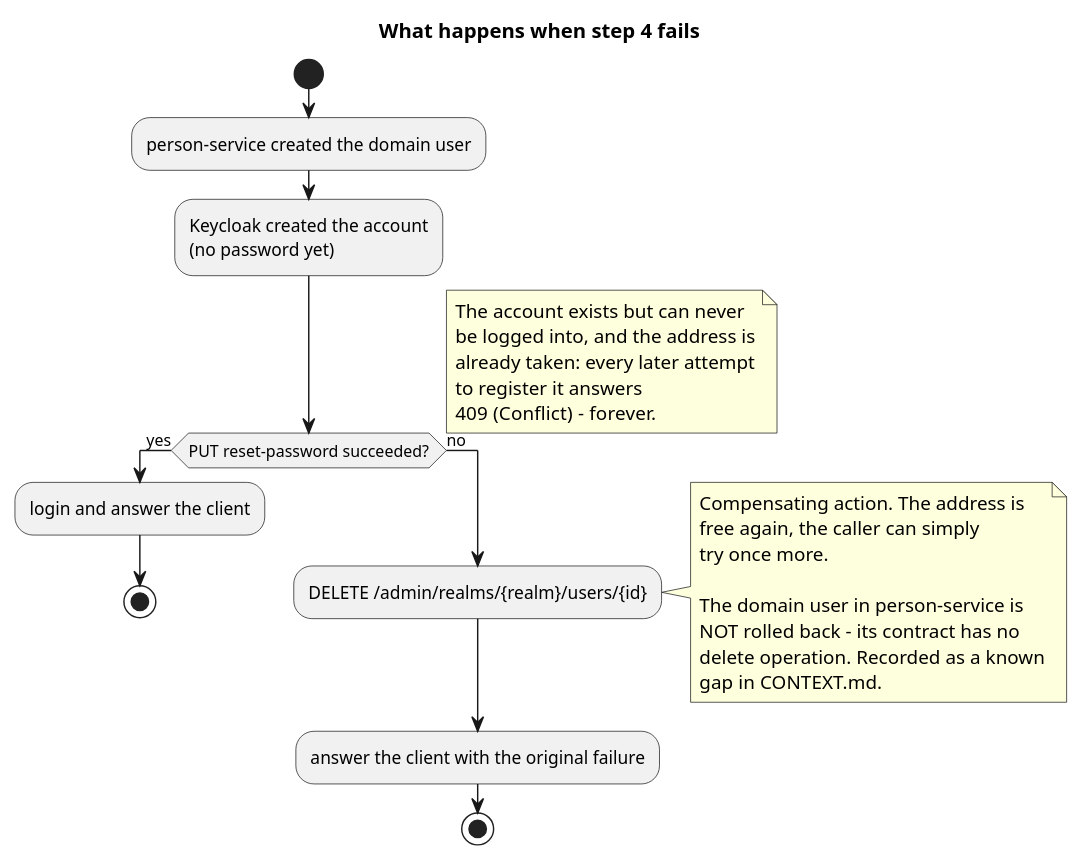
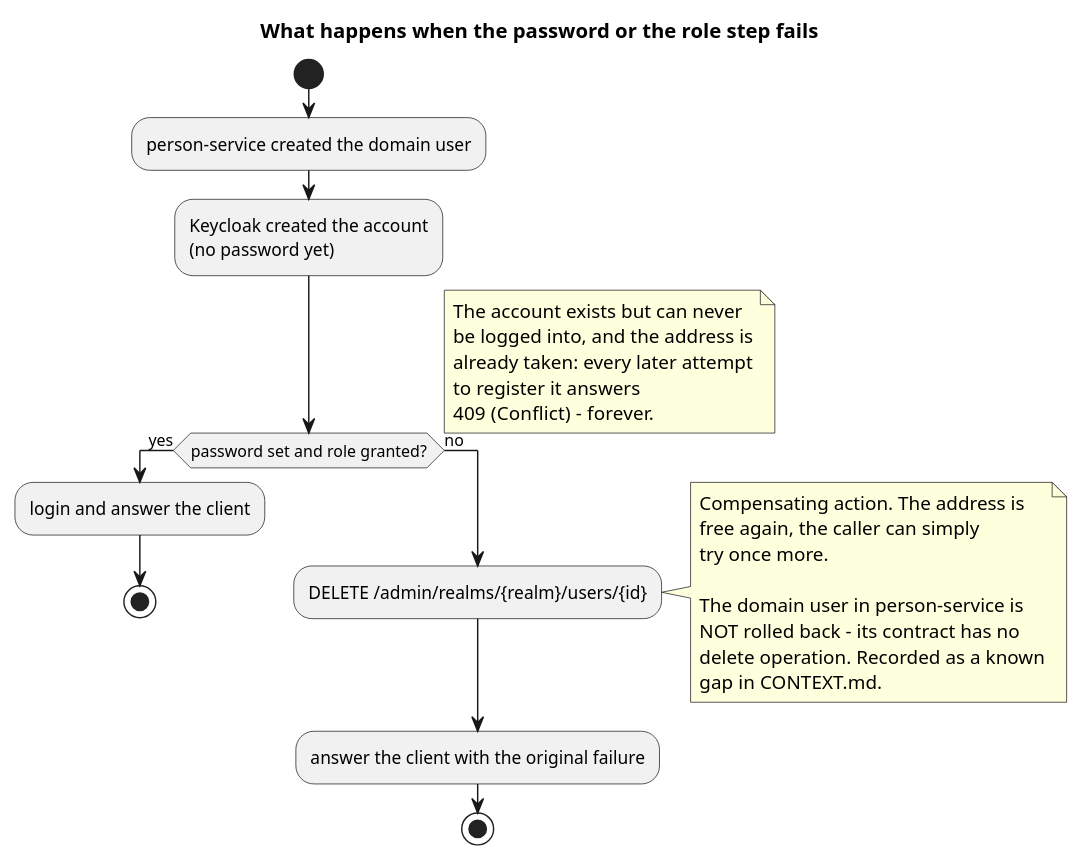
The second of 4 diagrams in docs/keycloak-admin-gateway.puml (dezxxx/payment-platform), drawn with PlantUML before and after one commit. The commit also changed other lines of this file and 16 other files, not shown here.

Commit message:
docs: mirror the diagrams in Russian and match them to the code

```diff
--- a/docs/keycloak-admin-gateway.puml
+++ b/docs/keycloak-admin-gateway.puml
@@ -119,38 +138,38 @@
 @startuml admin-rollback
-title What happens when step 4 fails
+title What happens when the password or the role step fails
 
 skinparam shadowing false
 
 start
 
 :person-service created the domain user;
 :Keycloak created the account
 (no password yet);
 
-if (PUT reset-password succeeded?) then (yes)
+if (password set and role granted?) then (yes)
   :login and answer the client;
   stop
 else (no)
   note right
     The account exists but can never
     be logged into, and the address is
     already taken: every later attempt
     to register it answers
     409 (Conflict) - forever.
   end note
   :DELETE /admin/realms/{realm}/users/{id};
   note right
     Compensating action. The address is
     free again, the caller can simply
     try once more.
 
     The domain user in person-service is
     NOT rolled back - its contract has no
     delete operation. Recorded as a known
     gap in CONTEXT.md.
   end note
   :answer the client with the original failure;
   stop
 endif
 
 @enduml
```
